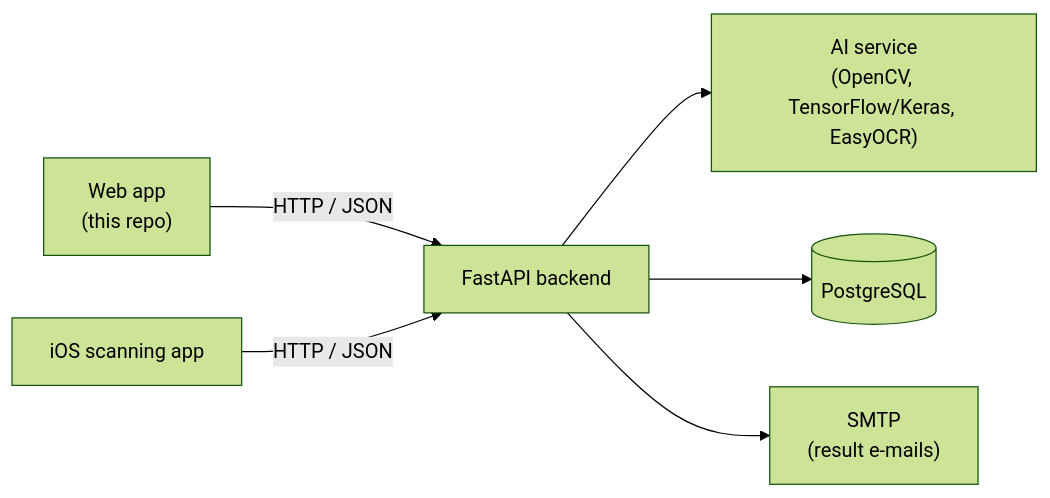
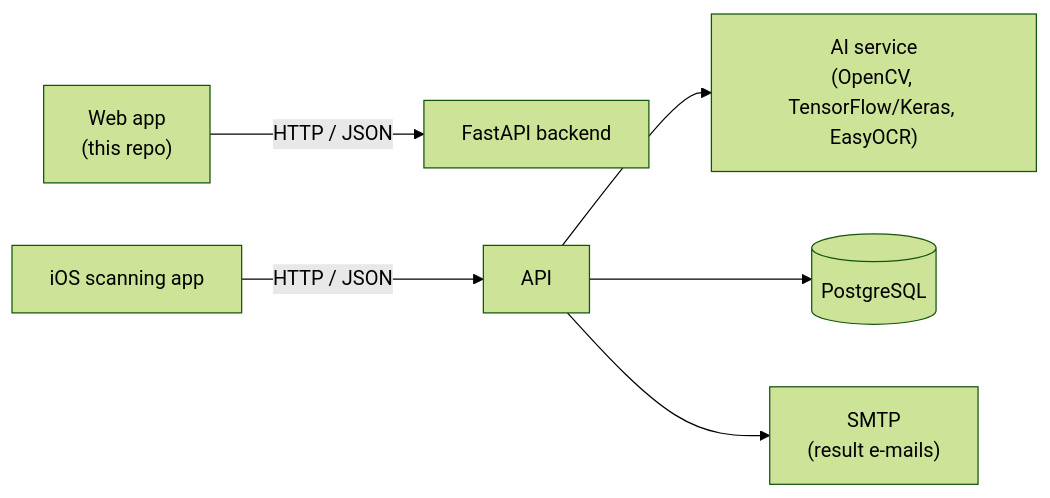
One commit to Xerow42/qcm-corrector-web changed the diagram in README.md. Above: the diagram before and after it, drawn with Mermaid (forest theme). The commit also changed other lines of this file and 3 other files, not shown here.

````diff
--- a/README.md
+++ b/README.md
@@ -20,8 +17,8 @@
 ```mermaid
 flowchart LR
-    Web["Web app<br/>(this repo)"] -- "HTTP / JSON" --> API["FastAPI backend"]
-    iOS["iOS scanning app"] -- "HTTP / JSON" --> API
-    API --> AI["AI service<br/>(OpenCV, TensorFlow/Keras, EasyOCR)"]
-    API --> DB[("PostgreSQL")]
-    API --> Mail["SMTP<br/>(result e-mails)"]
+    Web\["Web app<br/>(this repo)"] -- "HTTP / JSON" --> API\["FastAPI backend"]
+    iOS\["iOS scanning app"] -- "HTTP / JSON" --> API
+    API --> AI\["AI service<br/>(OpenCV, TensorFlow/Keras, EasyOCR)"]
+    API --> DB\[("PostgreSQL")]
+    API --> Mail\["SMTP<br/>(result e-mails)"]
 ```
````
